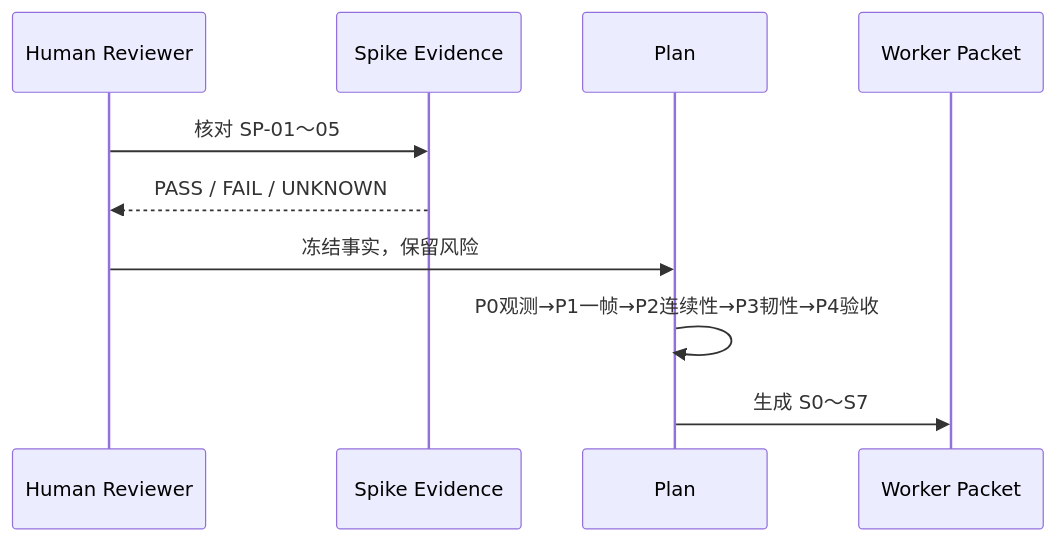
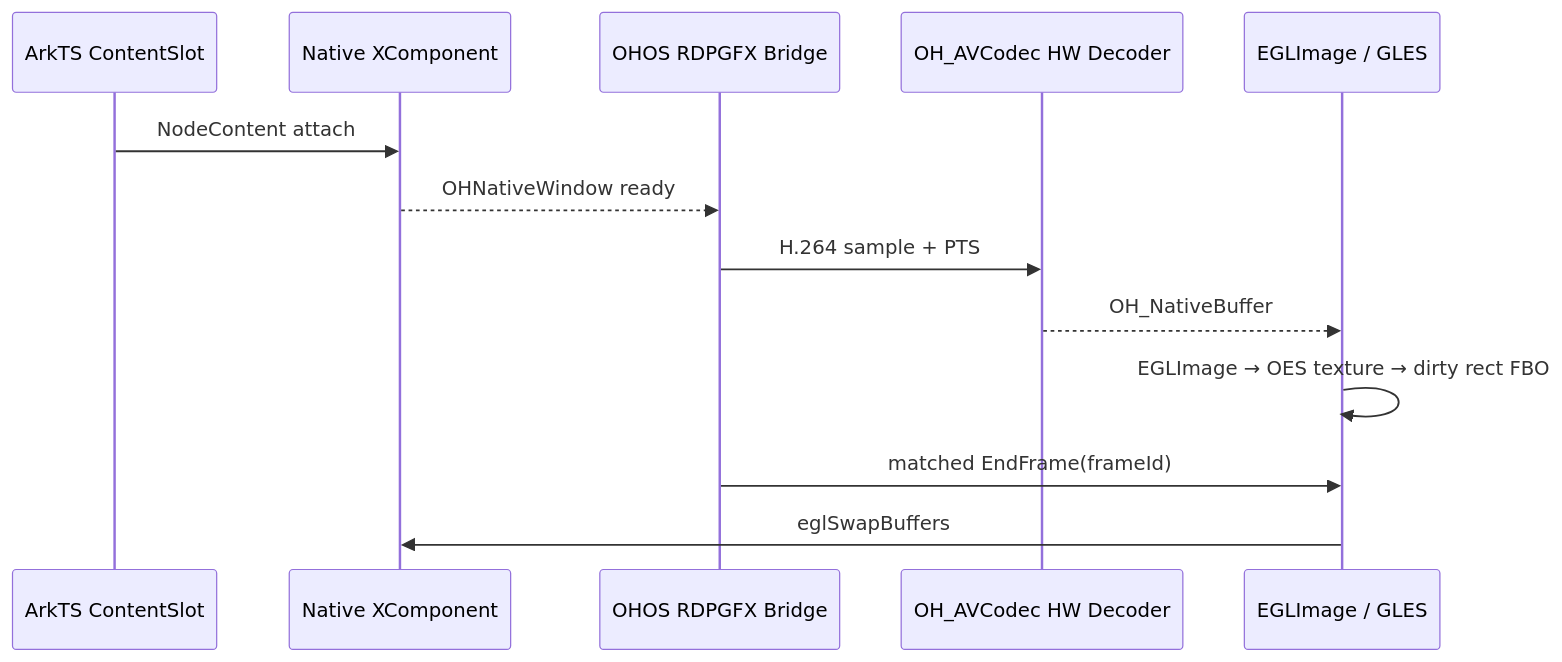
One commit to xiaomu120413/harmonyos-sdd-ralph-workshop changed the eighth of 12 diagrams in harmonyos-sdd-ralph-workshop.md. Above: the diagram before and after it, drawn with Mermaid. The commit also changed other lines of this file and 5 other files, not shown here.

````diff
--- a/harmonyos-sdd-ralph-workshop.md
+++ b/harmonyos-sdd-ralph-workshop.md
@@ -1730,12 +1664,15 @@
 ```mermaid
 sequenceDiagram
-  participant H as Human Reviewer
-  participant S as Spike Evidence
-  participant P as Plan
-  participant W as Worker Packet
-  H->>S: 核对 SP-01～05
-  S-->>H: PASS / FAIL / UNKNOWN
-  H->>P: 冻结事实，保留风险
-  P->>P: P0观测→P1一帧→P2连续性→P3韧性→P4验收
-  P->>W: 生成 S0～S7
+  participant UI as ArkTS ContentSlot
+  participant X as Native XComponent
+  participant B as OHOS RDPGFX Bridge
+  participant D as OH_AVCodec HW Decoder
+  participant E as EGLImage / GLES
+  UI->>X: NodeContent attach
+  X-->>B: OHNativeWindow ready
+  B->>D: H.264 sample + PTS
+  D-->>E: OH_NativeBuffer
+  E->>E: EGLImage → OES texture → dirty rect FBO
+  B->>E: matched EndFrame(frameId)
+  E->>X: eglSwapBuffers
 ```
````
